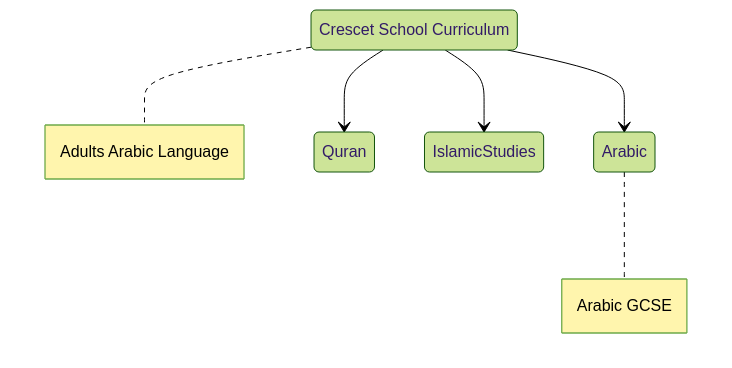
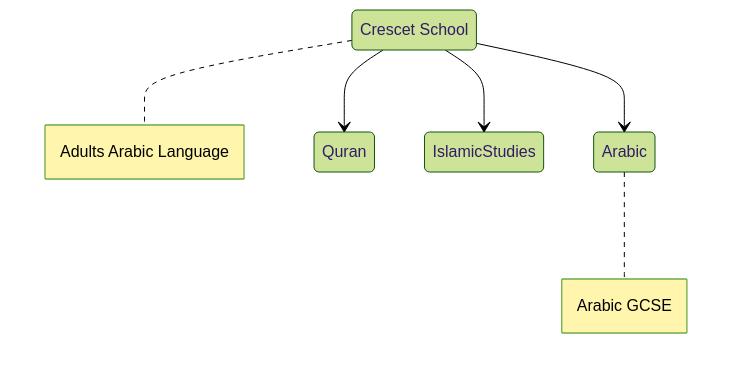
One commit to CambourneCrescent/CambourneCrescent.github.io changed the diagram in content/_index.md. Above: the diagram before and after it, drawn with Mermaid (forest theme). The commit also changed other lines of this file and 533 other files, not shown here.

```diff
--- a/content/_index.md
+++ b/content/_index.md
@@ -51,14 +51,14 @@
 {{<mermaid>}}
 stateDiagram-v2
-    State1: Crescet School Curriculum
+    State1: Crescet School
 	State1 --> Arabic
     note right of Arabic
 		Arabic GCSE
 	end note
 	State1 --> Quran
 	State1 --> IslamicStudies
     note right of State1
         Adults Arabic Language
     end note
 
 {{</mermaid>}}
```
